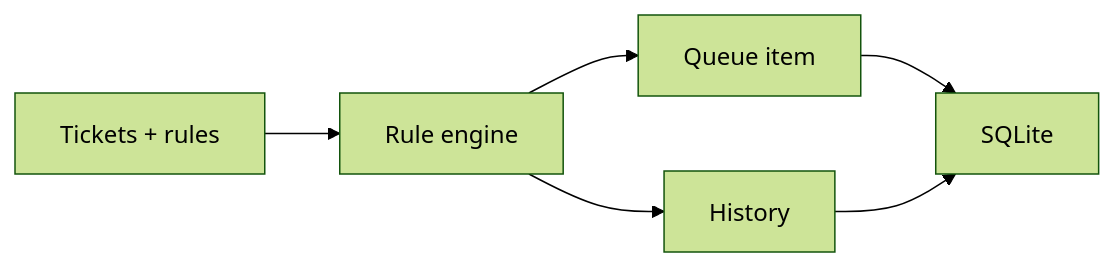
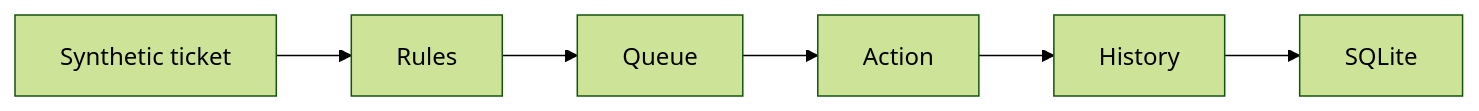
One commit to guilherme-lacerda-tech/python-support-automation-simulator changed the diagram in README.md. Above: the diagram before and after it, drawn with Mermaid (forest theme). The commit also changed other lines of this file and 6 other files, not shown here.

````diff
--- a/README.md
+++ b/README.md
@@ -21,8 +25,8 @@
 ```mermaid
 flowchart LR
-    A["Tickets + rules"] --> B["Rule engine"]
-    B --> C["Queue item"]
-    B --> D["History"]
-    C --> E["SQLite"]
-    D --> E
+    Ticket["Synthetic ticket"] --> Rules["Rules"]
+    Rules --> Queue["Queue"]
+    Queue --> Action["Action"]
+    Action --> History["History"]
+    History --> SQLite["SQLite"]
 ```
````
